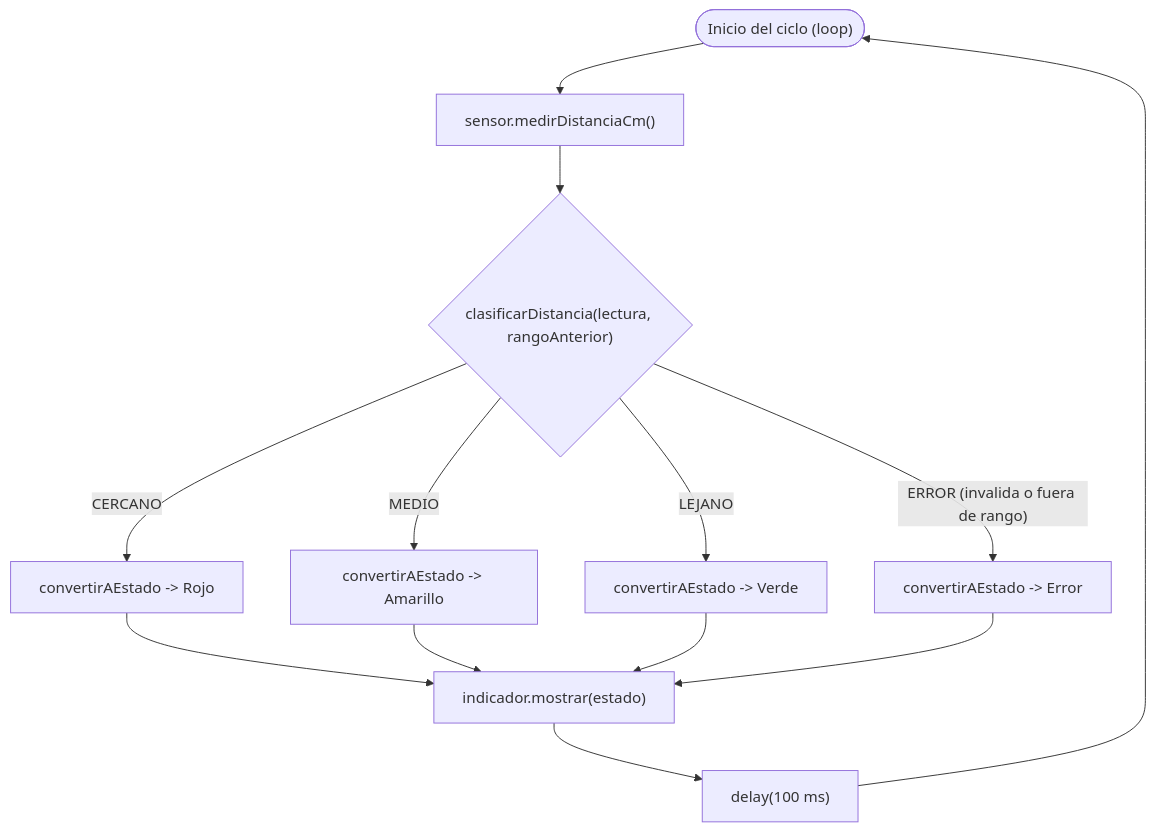
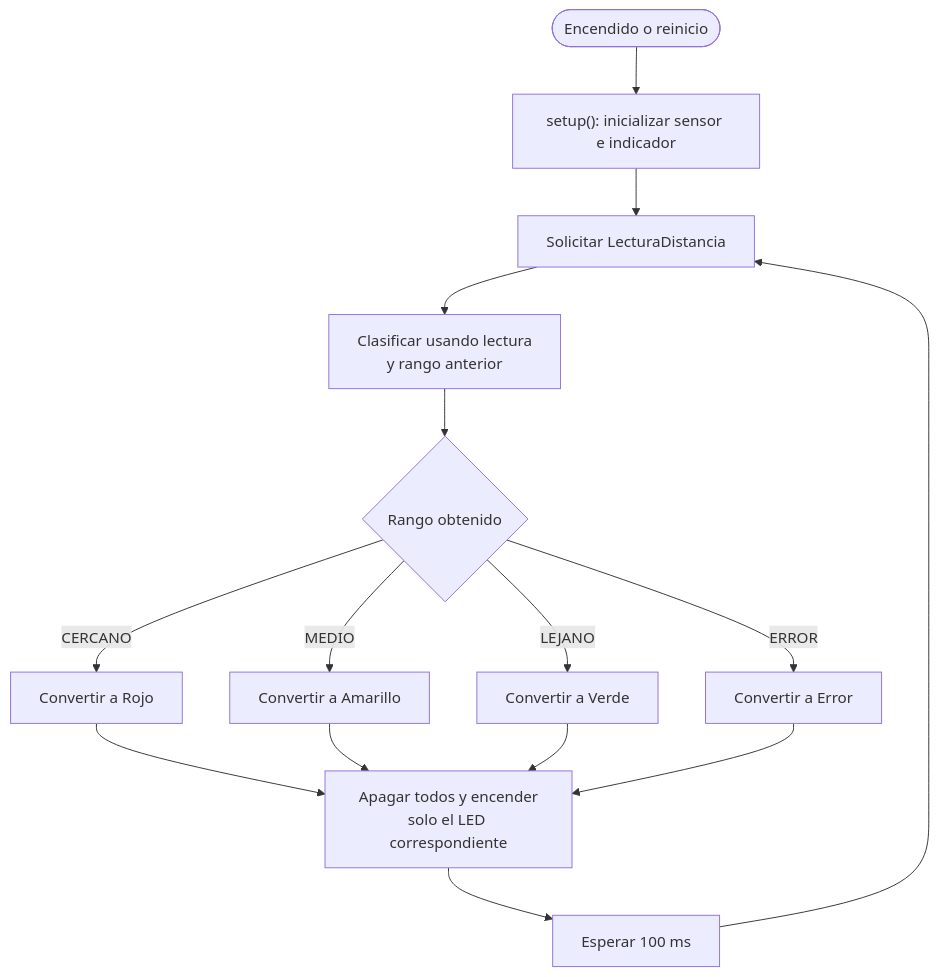
Before and after one commit to Ruben-Cordero/IoT-LEDs: the fourth of 5 diagrams in doc/informe.md, drawn with Mermaid. The commit also changed other lines of this file and 1 other file, not shown here.

````diff
--- a/doc/informe.md
+++ b/doc/informe.md
@@ -245,23 +261,25 @@
-```mermaid
+~~~mermaid
 flowchart TD
-    START(["Inicio del ciclo (loop)"])
-    MEDIR["sensor.medirDistanciaCm()"]
-    CLASIF{"clasificarDistancia(lectura, rangoAnterior)"}
-    ROJO["convertirAEstado -> Rojo"]
-    AMARILLO["convertirAEstado -> Amarillo"]
-    VERDE["convertirAEstado -> Verde"]
-    ERRORST["convertirAEstado -> Error"]
-    MOSTRAR["indicador.mostrar(estado)"]
-    ESPERA["delay(100 ms)"]
+    START(["Encendido o reinicio"])
+    SETUP["setup(): inicializar sensor e indicador"]
+    MEDIR["Solicitar LecturaDistancia"]
+    CLASIFICAR["Clasificar usando lectura<br/>y rango anterior"]
+    DECISION{"Rango obtenido"}
+    CR["Convertir a Rojo"]
+    CA["Convertir a Amarillo"]
+    CV["Convertir a Verde"]
+    CE["Convertir a Error"]
+    MOSTRAR["Apagar todos y encender<br/>solo el LED correspondiente"]
+    ESPERAR["Esperar 100 ms"]
 
-    START --> MEDIR --> CLASIF
-    CLASIF -- CERCANO --> ROJO
-    CLASIF -- MEDIO --> AMARILLO
-    CLASIF -- LEJANO --> VERDE
-    CLASIF -- "ERROR (invalida o fuera de rango)" --> ERRORST
-    ROJO --> MOSTRAR
-    AMARILLO --> MOSTRAR
-    VERDE --> MOSTRAR
-    ERRORST --> MOSTRAR
-    MOSTRAR --> ESPERA --> START
-```
+    START --> SETUP --> MEDIR --> CLASIFICAR --> DECISION
+    DECISION -->|CERCANO| CR
+    DECISION -->|MEDIO| CA
+    DECISION -->|LEJANO| CV
+    DECISION -->|"ERROR"| CE
+    CR --> MOSTRAR
+    CA --> MOSTRAR
+    CV --> MOSTRAR
+    CE --> MOSTRAR
+    MOSTRAR --> ESPERAR --> MEDIR
+~~~
````
